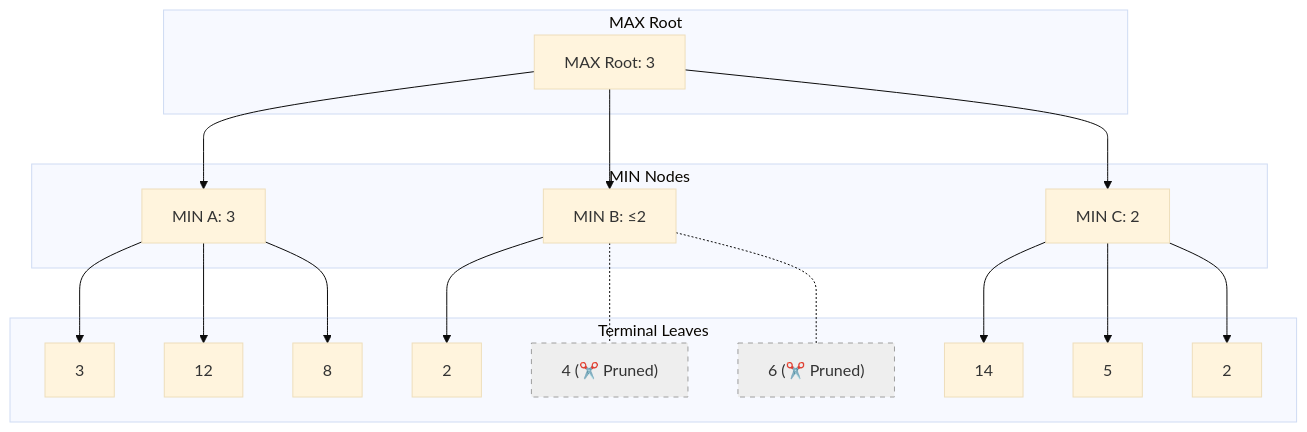
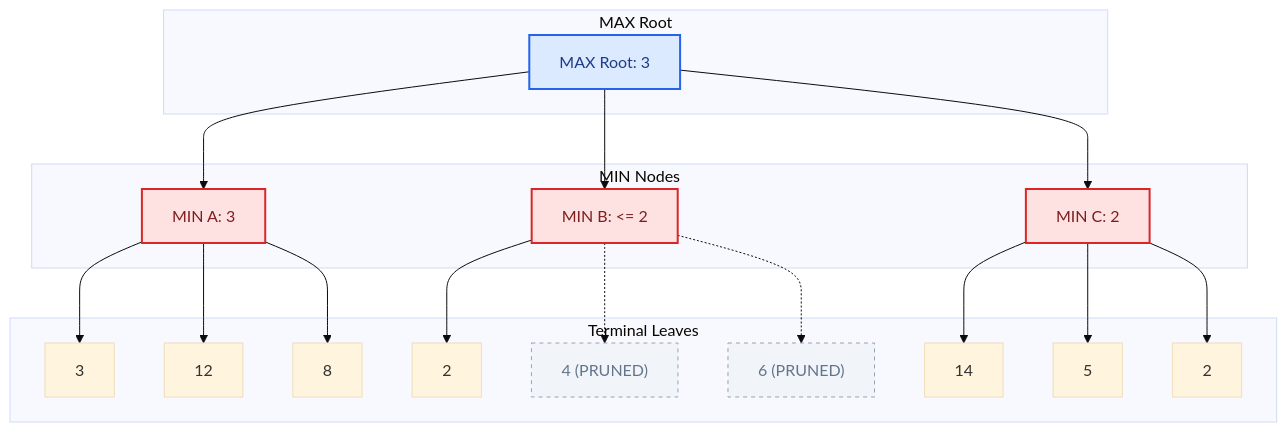
Diagram 16 of 31 in README.md (shimulshoishob/Artificial_Intelligence_CSE366), drawn with Mermaid (base theme) before and after one commit. The commit also changed other lines of this file, not shown here.

````diff
--- a/README.md
+++ b/README.md
@@ -837,38 +956,43 @@
 ```mermaid
 graph TD
     subgraph Level0 [MAX Root]
         Root["MAX Root: 3"]
     end
     subgraph Level1 [MIN Nodes]
         M1["MIN A: 3"]
-        M2["MIN B: ≤2"]
+        M2["MIN B: <= 2"]
         M3["MIN C: 2"]
     end
     subgraph Level2 [Terminal Leaves]
         A1["3"]
         A2["12"]
         A3["8"]
         B1["2"]
-        B2["4 (✂️ Pruned)"]
-        B3["6 (✂️ Pruned)"]
+        B2["4 (PRUNED)"]
+        B3["6 (PRUNED)"]
         C1["14"]
         C2["5"]
         C3["2"]
     end
 
     Root --> M1
     Root --> M2
     Root --> M3
     M1 --> A1
     M1 --> A2
     M1 --> A3
     M2 --> B1
-    M2 -.- B2
-    M2 -.- B3
+    M2 -.-> B2
+    M2 -.-> B3
     M3 --> C1
     M3 --> C2
     M3 --> C3
 
-    classDef pruned fill:#eeeeee,stroke:#9e9e9e,stroke-dasharray: 5 5;
-    class B2,B3 pruned;
+    classDef maxNode fill:#dbeafe,stroke:#2563eb,stroke-width:2px,color:#1e3a8a;
+    classDef minNode fill:#fee2e2,stroke:#dc2626,stroke-width:2px,color:#7f1d1d;
+    classDef pruneNode fill:#f1f5f9,stroke:#94a3b8,stroke-dasharray: 4 4,color:#64748b;
+
+    class Root maxNode;
+    class M1,M2,M3 minNode;
+    class B2,B3 pruneNode;
 ```
````
